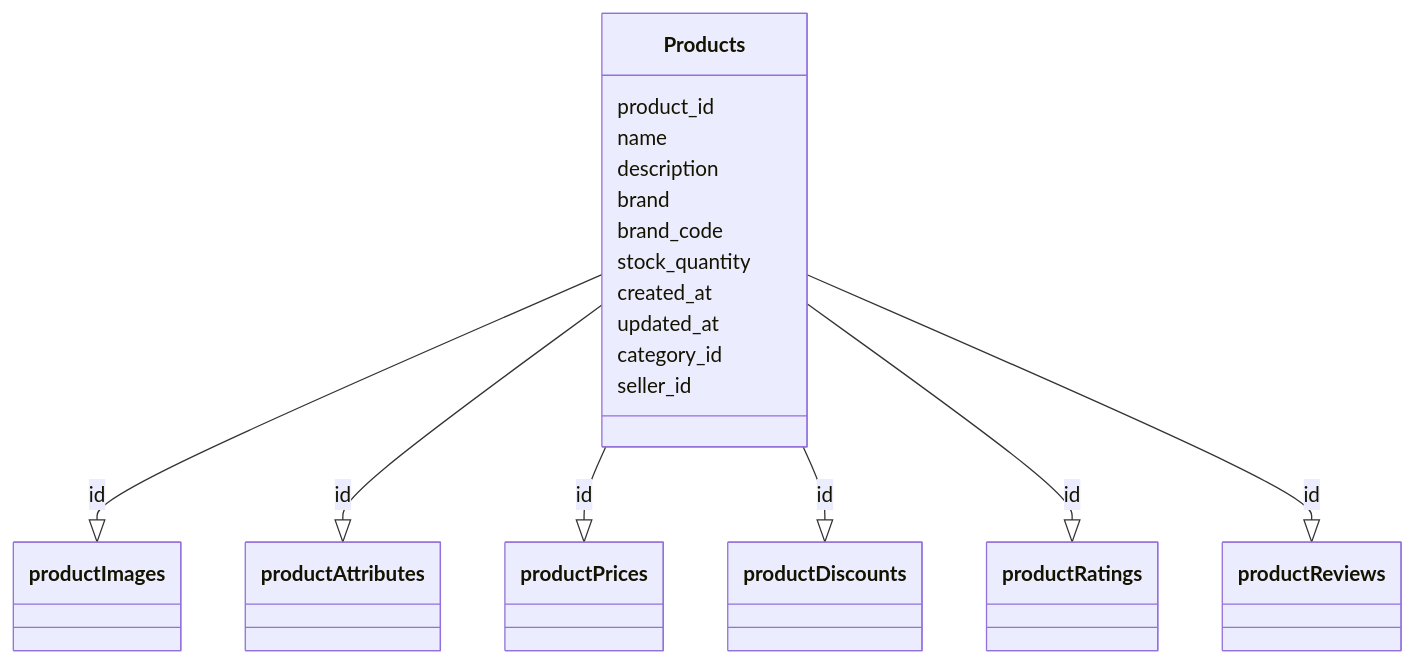
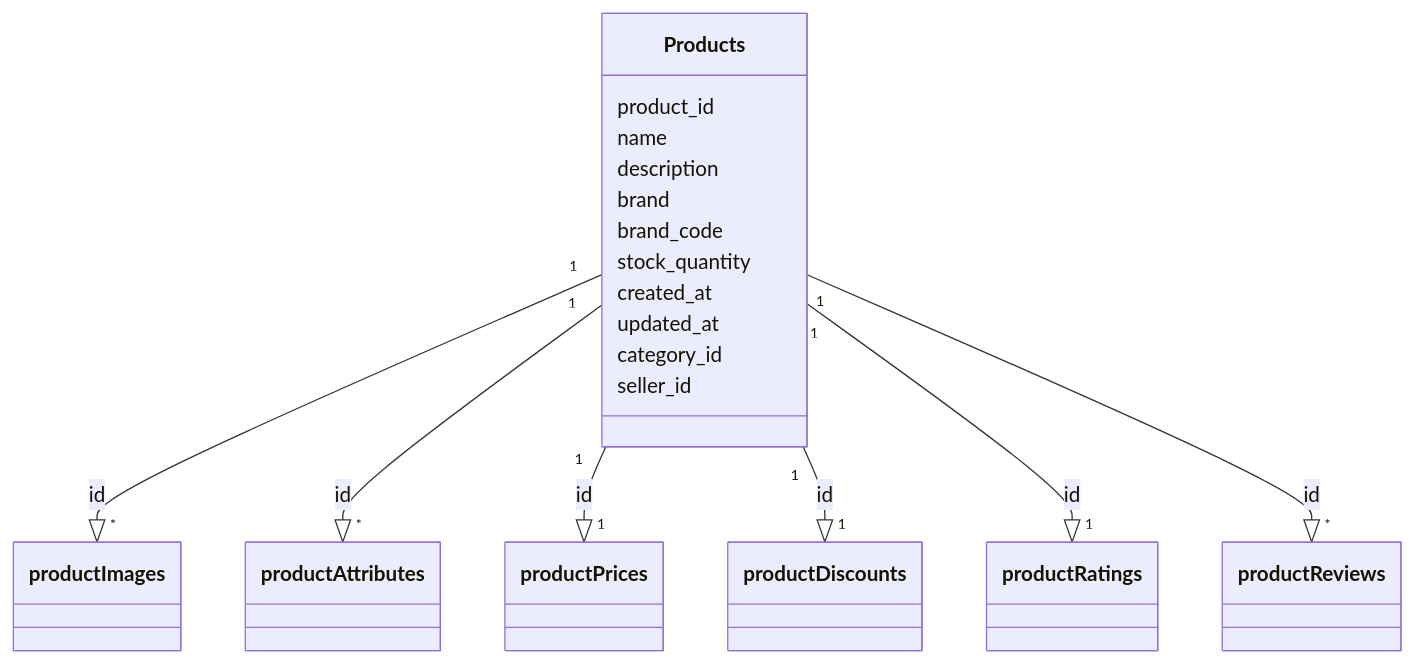
The diagram in README.md (WadimSh/cms.werstack), drawn with Mermaid before and after one commit.

````diff
--- a/README.md
+++ b/README.md
@@ -7,23 +7,23 @@
 ```mermaid
 classDiagram
 class Products {
   product_id
   name
   description
   brand
   brand_code
   stock_quantity
   created_at
   updated_at
   category_id
   seller_id
 }
 
-Products --|> productImages : id
-Products --|> productAttributes : id
-Products --|> productPrices : id
-Products --|> productDiscounts : id
-Products --|> productRatings : id
-Products --|> productReviews : id
+Products "1" --|> "*" productImages : id
+Products "1" --|> "*" productAttributes : id
+Products "1" --|> "1" productPrices : id
+Products "1" --|> "1" productDiscounts : id
+Products "1" --|> "1" productRatings : id
+Products "1" --|> "*" productReviews : id
      
 ```
````
